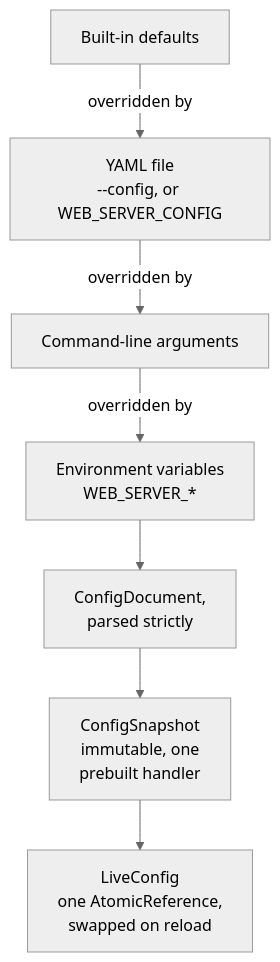
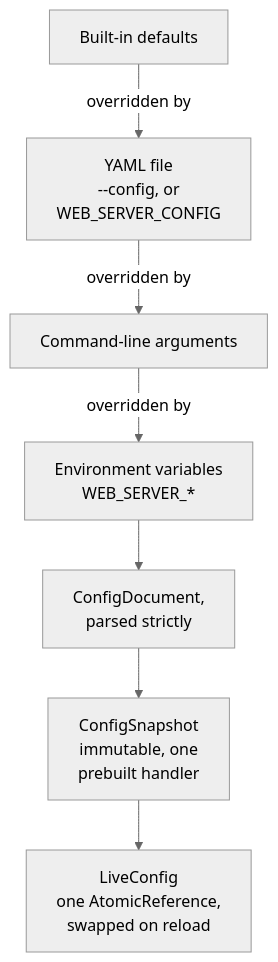
The first of 3 diagrams in docs/user/config-file.md (BlivionIaG/sjws_nettask), drawn with Mermaid (neutral theme) before and after one commit. The commit also changed other lines of this file and 19 other files, not shown here.

First line of the commit message:
docs: fix the diagrams the fact-check found imprecise

````diff
--- a/docs/user/config-file.md
+++ b/docs/user/config-file.md
@@ -18,9 +18,9 @@
 ```mermaid
 flowchart TB
-    d["Built-in defaults"] -->|"overridden by"| f["YAML file<br/>--config, or WEB_SERVER_CONFIG"]
+    d["Built-in defaults"] -->|"overridden by"| f["YAML file<br/>--config, or<br/>WEB_SERVER_CONFIG"]
     f -->|"overridden by"| a["Command-line arguments"]
     a -->|"overridden by"| e["Environment variables<br/>WEB_SERVER_*"]
     e --> doc["ConfigDocument,<br/>parsed strictly"]
     doc --> snap["ConfigSnapshot<br/>immutable, one<br/>prebuilt handler"]
     snap --> live["LiveConfig<br/>one AtomicReference,<br/>swapped on reload"]
 ```
````
